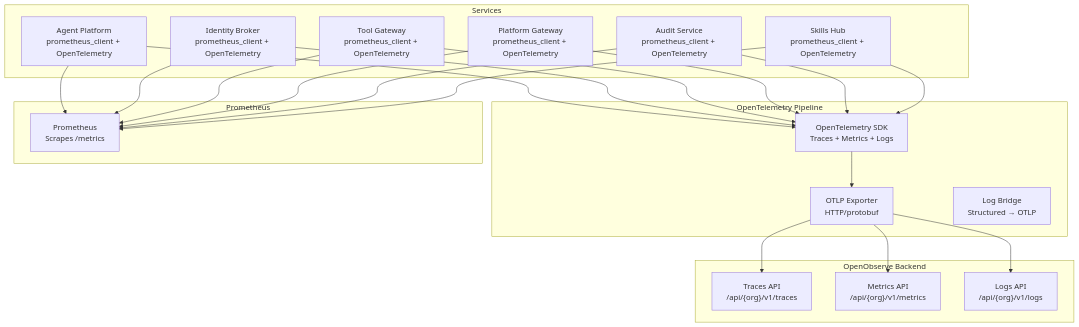
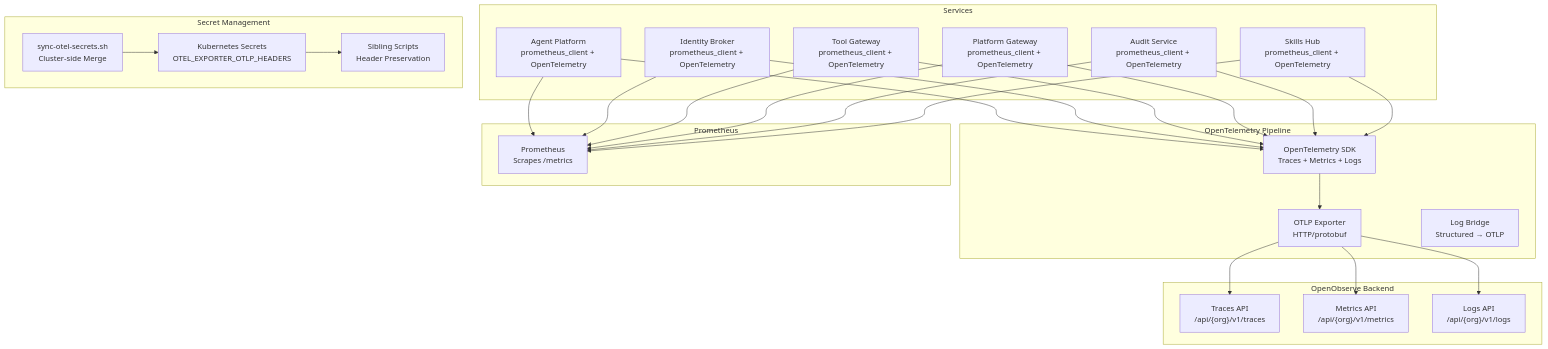
The first of 11 diagrams in .qoder/repowiki/en/content/Monitoring and Observability/Monitoring and Observability.md (metasync/luban-aiops), drawn with Mermaid before and after one commit. The commit also changed other lines of this file and 4 other files, not shown here.

````diff
--- a/.qoder/repowiki/en/content/Monitoring and Observability/Monitoring and Observability.md
+++ b/.qoder/repowiki/en/content/Monitoring and Observability/Monitoring and Observability.md
@@ -65,40 +68,47 @@
 ```mermaid
 graph TB
 subgraph "Services"
 AP["Agent Platform<br/>prometheus_client + OpenTelemetry"]
 IB["Identity Broker<br/>prometheus_client + OpenTelemetry"]
 TG["Tool Gateway<br/>prometheus_client + OpenTelemetry"]
 PG["Platform Gateway<br/>prometheus_client + OpenTelemetry"]
 AS["Audit Service<br/>prometheus_client + OpenTelemetry"]
 SH["Skills Hub<br/>prometheus_client + OpenTelemetry"]
+end
+subgraph "Secret Management"
+SYNC["sync-otel-secrets.sh<br/>Cluster-side Merge"]
+SECRETS["Kubernetes Secrets<br/>OTEL_EXPORTER_OTLP_HEADERS"]
+SIBLINGS["Sibling Scripts<br/>Header Preservation"]
 end
 subgraph "OpenTelemetry Pipeline"
 OTEL["OpenTelemetry SDK<br/>Traces + Metrics + Logs"]
 EXPORTER["OTLP Exporter<br/>HTTP/protobuf"]
 LOG_BRIDGE["Log Bridge<br/>Structured → OTLP"]
 end
 subgraph "OpenObserve Backend"
 OO_TRACES["Traces API<br/>/api/{org}/v1/traces"]
 OO_METRICS["Metrics API<br/>/api/{org}/v1/metrics"]
 OO_LOGS["Logs API<br/>/api/{org}/v1/logs"]
 end
 subgraph "Prometheus"
 PROM["Prometheus<br/>Scrapes /metrics"]
 end
 AP --> OTEL
 IB --> OTEL
 TG --> OTEL
 PG --> OTEL
 AS --> OTEL
 SH --> OTEL
+SYNC --> SECRETS
+SECRETS --> SIBLINGS
 OTEL --> EXPORTER
 EXPORTER --> OO_TRACES
 EXPORTER --> OO_METRICS
 EXPORTER --> OO_LOGS
 AP --> PROM
 IB --> PROM
 TG --> PROM
 PG --> PROM
 AS --> PROM
 SH --> PROM
 ```
````
